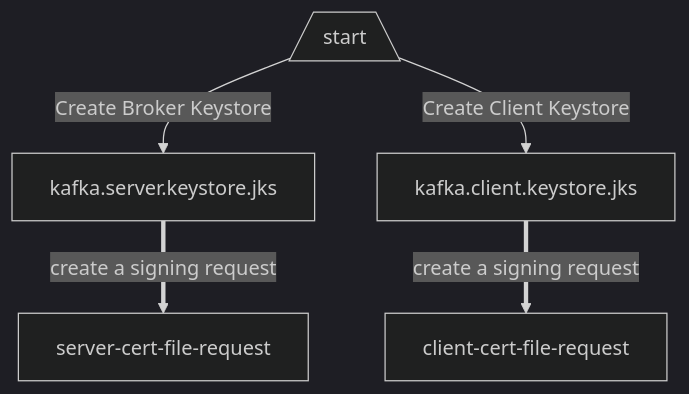
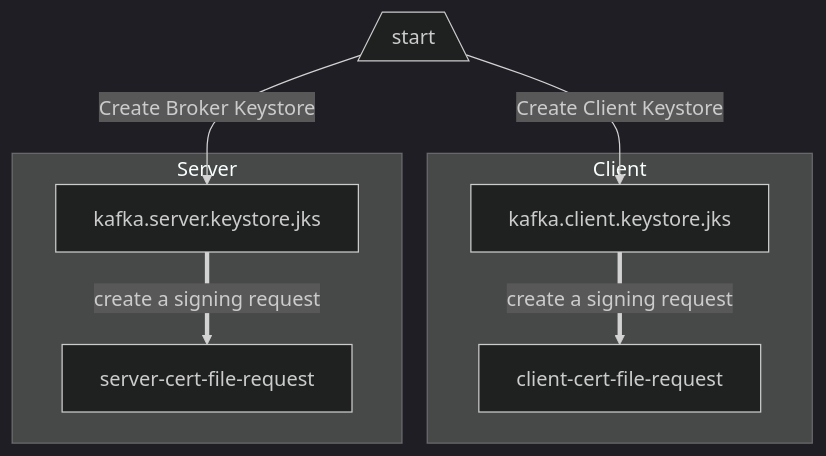
Before and after one commit to decodableco/examples: the second of 4 diagrams in mtls/README.md, drawn with Mermaid (dark theme).

````diff
--- a/mtls/README.md
+++ b/mtls/README.md
@@ -23,12 +23,22 @@
 ```mermaid
 flowchart TD;
 
     s[/start\]-->|Create Broker Keystore| server[kafka.server.keystore.jks]
 
     server==>|create a signing request| server-cert-file-request
 
     s-->|Create Client Keystore| client[kafka.client.keystore.jks]
 
     client==>|create a signing request| client-cert-file-request
 
+    subgraph Client
+    client
+    client-cert-file-request
+    end
+
+    subgraph Server
+    server
+    server-cert-file-request
+    end
+
 ```
````
